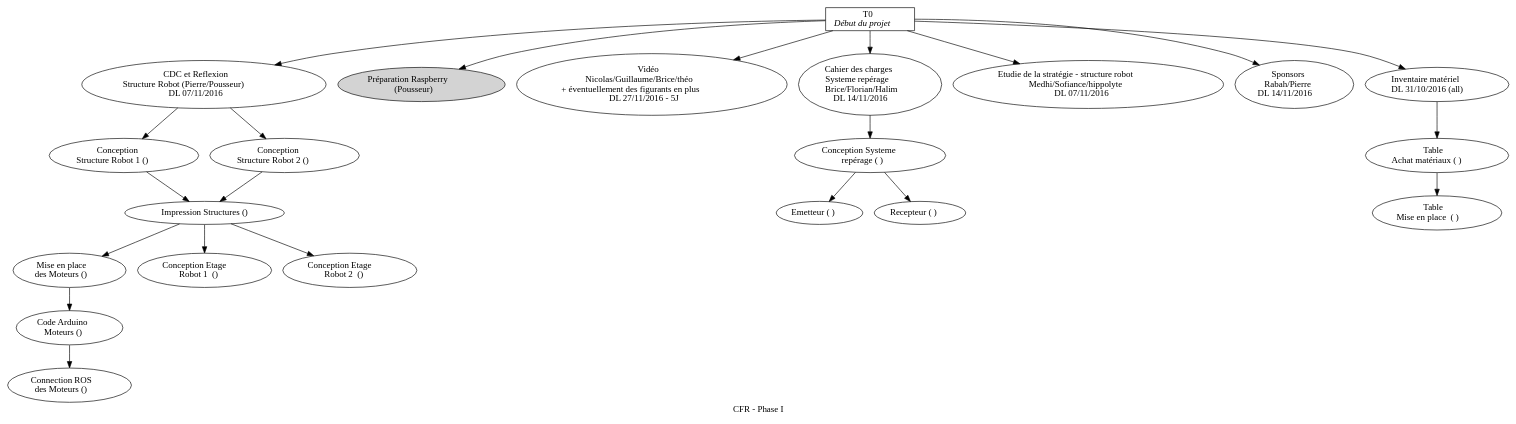
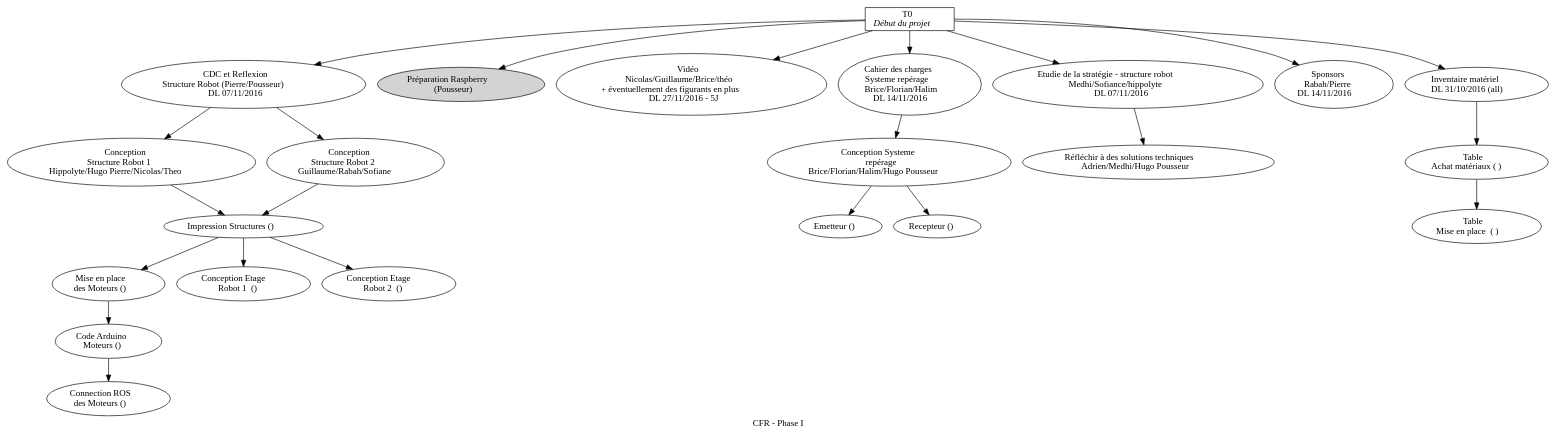
The diagram in projet/taches/taches_global.gv (ESCF17/coupe), drawn with Graphviz before and after one commit. The commit also changed 1 other file, not shown here.

Commit message:
ajout graph

```diff
--- a/projet/taches/taches_global.gv
+++ b/projet/taches/taches_global.gv
@@ -1,62 +1,63 @@
 digraph G {
   
     label ="CFR - Phase I";
    
     t0		   [label = <T0 <br/> <I>Début du projet </I>>]    
     table_0   	   [label = <Table <br/> Achat matériaux ( )>]
     table_1   	   [label = <Table <br/> Mise en place  ( )>]
     struct_robot   [label = <CDC et Reflexion <br/> Structure Robot (Pierre/Pousseur) <br/> DL 07/11/2016>]
-    struct_robot_1 [label = <Conception <br/> Structure Robot 1 ()>]
-    struct_robot_2 [label = <Conception <br/> Structure Robot 2 ()>]
-    imp_struct 	   [label = "Impression Structures ()"]
+    struct_robot_1 [label = <Conception <br/> Structure Robot 1 <br/>Hippolyte/Hugo Pierre/Nicolas/Theo>]
+    struct_robot_2 [label = <Conception <br/> Structure Robot 2 <br/>Guillaume/Rabah/Sofiane>]
+    imp_struct 	   [label = <Impression Structures ()>]
     prepa_os	   [label = <Préparation Raspberry <br/> (Pousseur) > style="filled"]
     prepa_video    [label = <Vidéo <br/>Nicolas/Guillaume/Brice/théo<br/>+ éventuellement des figurants en plus<br/>DL 27/11/2016 - 5J>]
     cch_sys_rep    [label = <Cahier des charges <br/> Systeme repérage <br/>Brice/Florian/Halim<br/> DL 14/11/2016 >]
-    cons_sys_rep   [label = <Conception Systeme <br/> repérage ( )>]
-    rep_emetteur   [label = <Emetteur ( )>]
-    rep_recepteur  [label = <Recepteur ( )>]
+    cons_sys_rep   [label = <Conception Systeme <br/> repérage <br/>Brice/Florian/Halim/Hugo Pousseur>]
+    rep_emetteur   [label = <Emetteur ()>]
+    rep_recepteur  [label = <Recepteur ()>]
     strats         [label = <Etudie de la stratégie - structure robot <br/> Medhi/Sofiance/hippolyte<br/>DL 07/11/2016>]
+    solution_technique [label = <Réfléchir à des solutions techniques <br/>Adrien/Medhi/Hugo Pousseur>]    
 
     sponsors	   [label = <Sponsors <br/>Rabah/Pierre<br/> DL 14/11/2016 >]
     
     moteur_roues   [label = <Mise en place <br/> des Moteurs ()>] 
     arduino_moteur [label = <Code Arduino <br/> Moteurs ()>] 
     arduino_rasp   [label = <Connection ROS <br/> des Moteurs ()>] 
 
     cons_etg1_r1   [label = <Conception Etage <br/> Robot 1  ()>] 
     cons_etg1_r2   [label = <Conception Etage <br/> Robot 2  ()>]
 
     inventaire	   [label = <Inventaire matériel <br/> DL 31/10/2016 (all)>]
 
 
     t0[shape=box];
        
     t0		-> inventaire;
     inventaire -> table_0 -> table_1;
  
     t0 -> strats
-
+    strats -> solution_technique;		
     t0 -> prepa_os;
     
     t0 -> prepa_video;
 
     t0 -> sponsors;
 
     t0 -> struct_robot;
     struct_robot -> struct_robot_1;
     struct_robot -> struct_robot_2;
 
     struct_robot_1 -> imp_struct;
     struct_robot_2 -> imp_struct;
     imp_struct	   -> moteur_roues;
     moteur_roues   -> arduino_moteur;
     arduino_moteur -> arduino_rasp;
 
     imp_struct	   -> cons_etg1_r1;
     imp_struct	   -> cons_etg1_r2;
 
     t0    -> cch_sys_rep;
     cch_sys_rep	   -> cons_sys_rep;
     cons_sys_rep   -> rep_emetteur;
     cons_sys_rep   -> rep_recepteur;
  }
```
